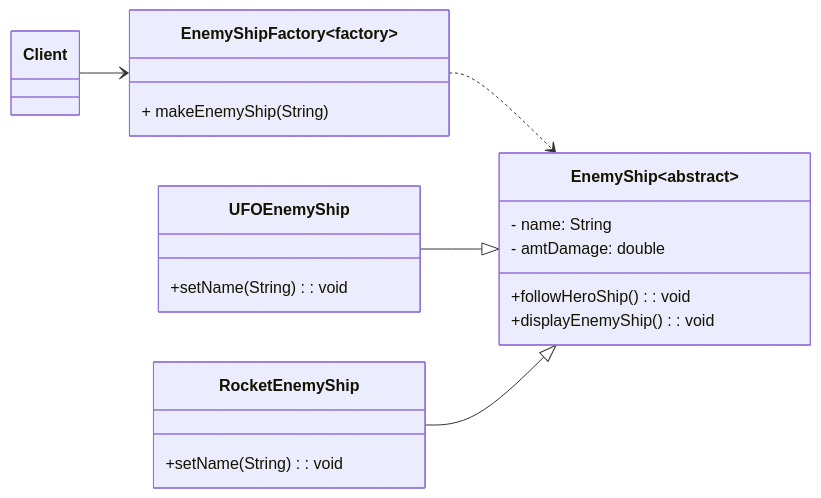
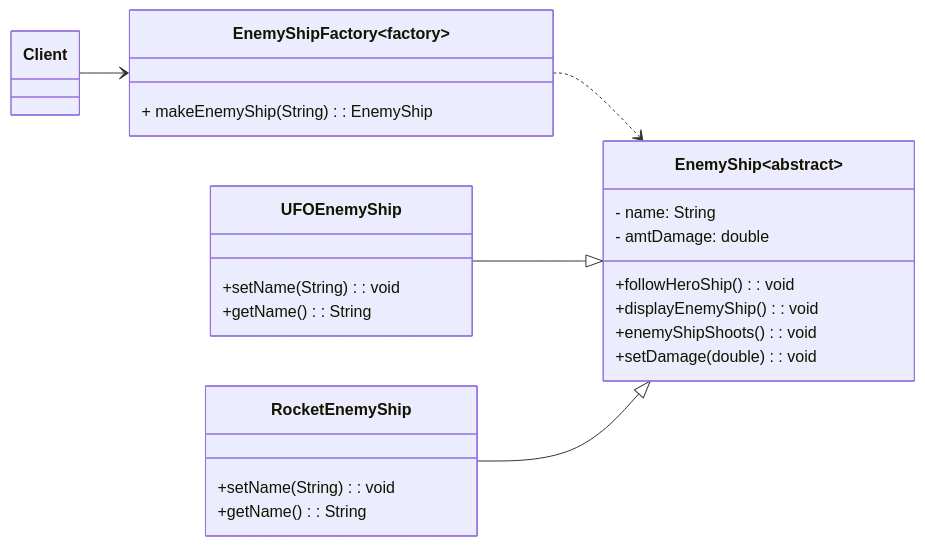
One commit to tdoug19/ENSE_370_Lab changed the diagram in Lab-3/FactoryDesignPattern.md. Above: the diagram before and after it, drawn with Mermaid. The commit also changed other lines of this file, not shown here.

Commit message:
Updating mermaid UML and corresponding Java code for abstract class

````diff
--- a/Lab-3/FactoryDesignPattern.md
+++ b/Lab-3/FactoryDesignPattern.md
@@ -26,28 +29,32 @@
 ```mermaid
 classDiagram
     direction LR
     class EnemyShip~abstract~ {
         - name: String
         - amtDamage: double
         +followHeroShip(): void
         +displayEnemyShip(): void
+        +enemyShipShoots(): void
+        +setDamage(double): void
     }
     class UFOEnemyShip {
         +setName(String): void
+        +getName(): String
     }
     class RocketEnemyShip {
         +setName(String): void
+        +getName(): String
     }
     class EnemyShipFactory~factory~{
-        + makeEnemyShip(String)
+        + makeEnemyShip(String): EnemyShip
     }
     class Client {
         
     }
 
     Client --> EnemyShipFactory
     EnemyShipFactory ..> EnemyShip
     UFOEnemyShip --|> EnemyShip
     RocketEnemyShip --|> EnemyShip 
 
 ```
````
